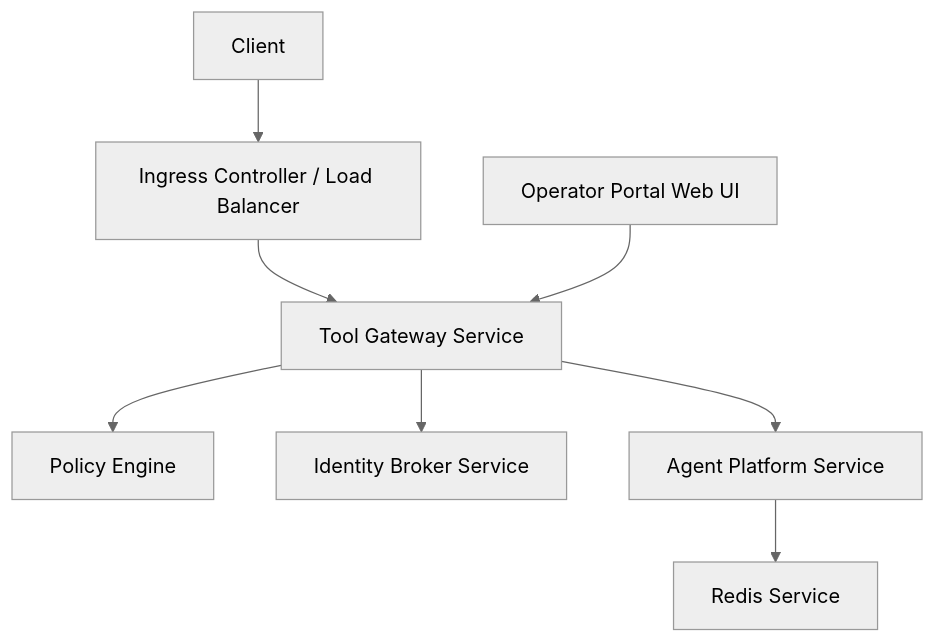
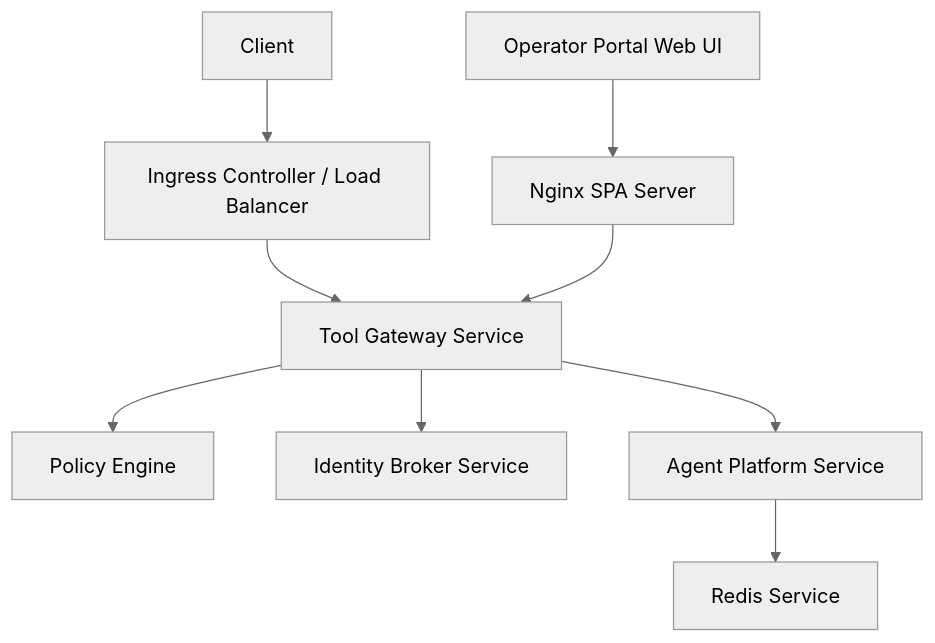
The second of 4 diagrams in .qoder/repowiki/en/content/Architecture Documentation/Deployment Topology & Infrastructure.md (metasync/luban-aiops), drawn with Mermaid (neutral theme) before and after one commit. The commit also changed other lines of this file and 51 other files, not shown here.

````diff
--- a/.qoder/repowiki/en/content/Architecture Documentation/Deployment Topology & Infrastructure.md
+++ b/.qoder/repowiki/en/content/Architecture Documentation/Deployment Topology & Infrastructure.md
@@ -152,17 +161,19 @@
 ```mermaid
 graph TB
 Client["Client"]
 Ingress["Ingress Controller / Load Balancer"]
 GW["Tool Gateway Service"]
 POL["Policy Engine"]
 IDB["Identity Broker Service"]
 AGP["Agent Platform Service"]
 REDIS["Redis Service"]
 OPS["Operator Portal Web UI"]
+NGINX["Nginx SPA Server"]
 Client --> Ingress --> GW
 GW --> POL
 GW --> IDB
 GW --> AGP
 AGP --> REDIS
-OPS --> GW
+OPS --> NGINX
+NGINX --> GW
 ```
````
